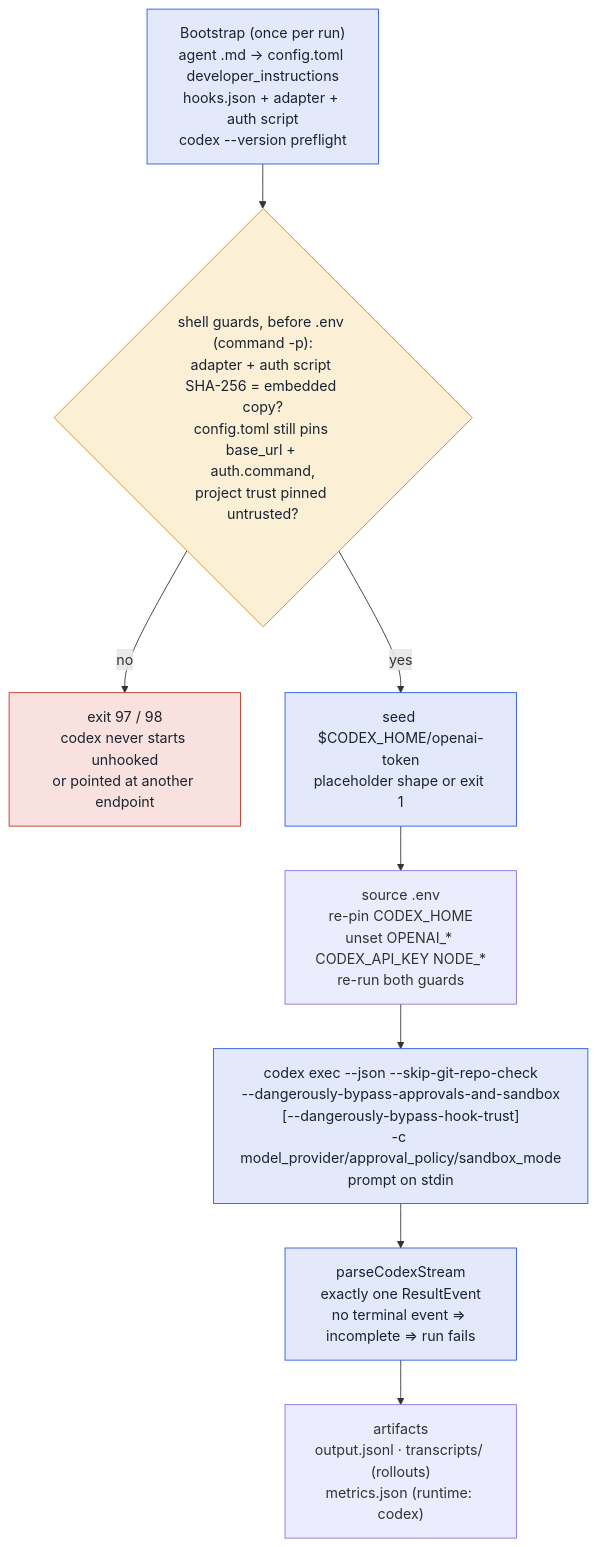
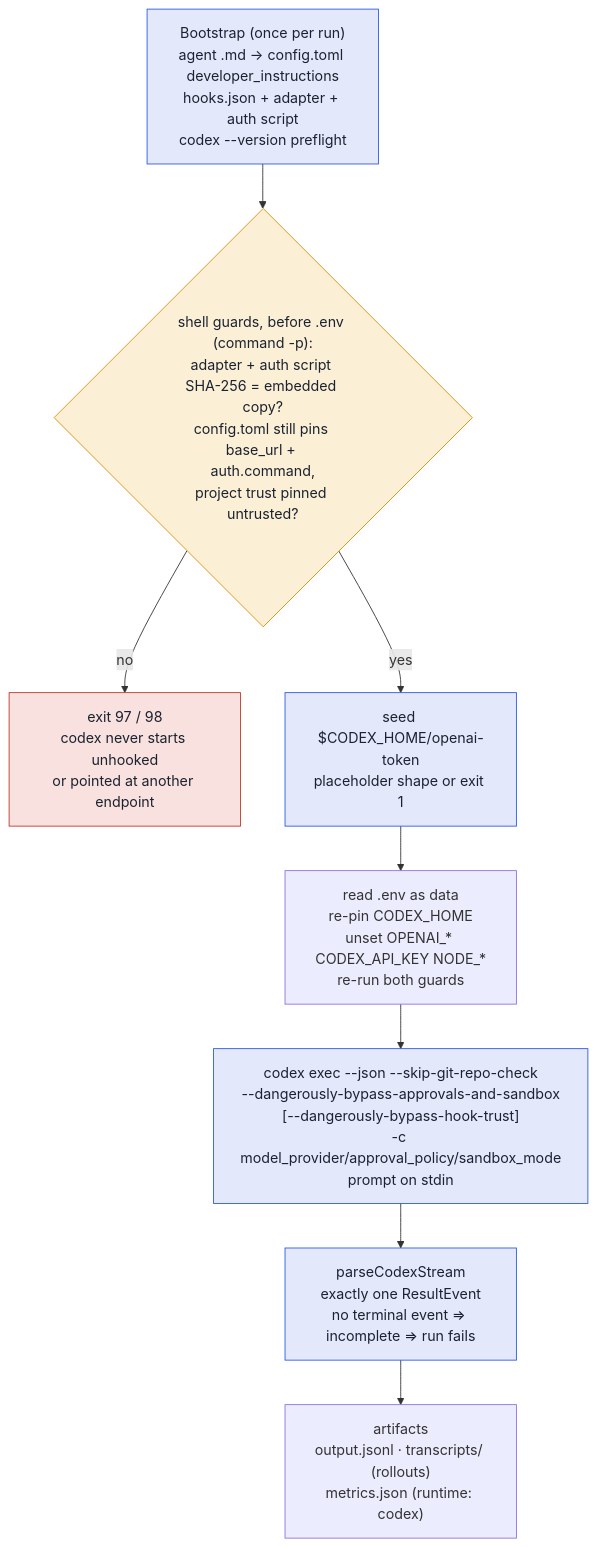
The third of 3 diagrams in docs/contributing/runtime-implementation.md (Aliciapet11/fullsend), drawn with Mermaid before and after one commit. The commit also changed other lines of this file and 24 other files, not shown here.

````diff
--- a/docs/contributing/runtime-implementation.md
+++ b/docs/contributing/runtime-implementation.md
@@ -1093,20 +1094,20 @@
 ```mermaid
 flowchart TB
   B["Bootstrap (once per run)\nagent .md → config.toml developer_instructions\nhooks.json + adapter + auth script\ncodex --version preflight"]
   G{"shell guards, before .env (command -p):\nadapter + auth script SHA-256 = embedded copy?\nconfig.toml still pins base_url + auth.command,\nproject trust pinned untrusted?"}
   X["exit 97 / 98\ncodex never starts unhooked\nor pointed at another endpoint"]
   T["seed $CODEX_HOME/openai-token\nplaceholder shape or exit 1"]
-  E["source .env\nre-pin CODEX_HOME\nunset OPENAI_* CODEX_API_KEY NODE_*\nre-run both guards"]
+  E["read .env as data\nre-pin CODEX_HOME\nunset OPENAI_* CODEX_API_KEY NODE_*\nre-run both guards"]
   P["codex exec --json --skip-git-repo-check\n--dangerously-bypass-approvals-and-sandbox\n[--dangerously-bypass-hook-trust]\n-c model_provider/approval_policy/sandbox_mode\nprompt on stdin"]
   S["parseCodexStream\nexactly one ResultEvent\nno terminal event ⇒ incomplete ⇒ run fails"]
   A["artifacts\noutput.jsonl · transcripts/ (rollouts)\nmetrics.json (runtime: codex)"]
   B --> G
   G -- no --> X
   G -- yes --> T --> E --> P --> S --> A
   classDef guard fill:#fbf0d6,stroke:#d98e04,color:#1b2230;
   classDef bad fill:#f8e1de,stroke:#c0392b,color:#1b2230;
   classDef opt fill:#e3e9fb,stroke:#2d5be3,color:#1b2230;
   class G guard;
   class X bad;
   class B,T,P,S opt;
 ```
````
